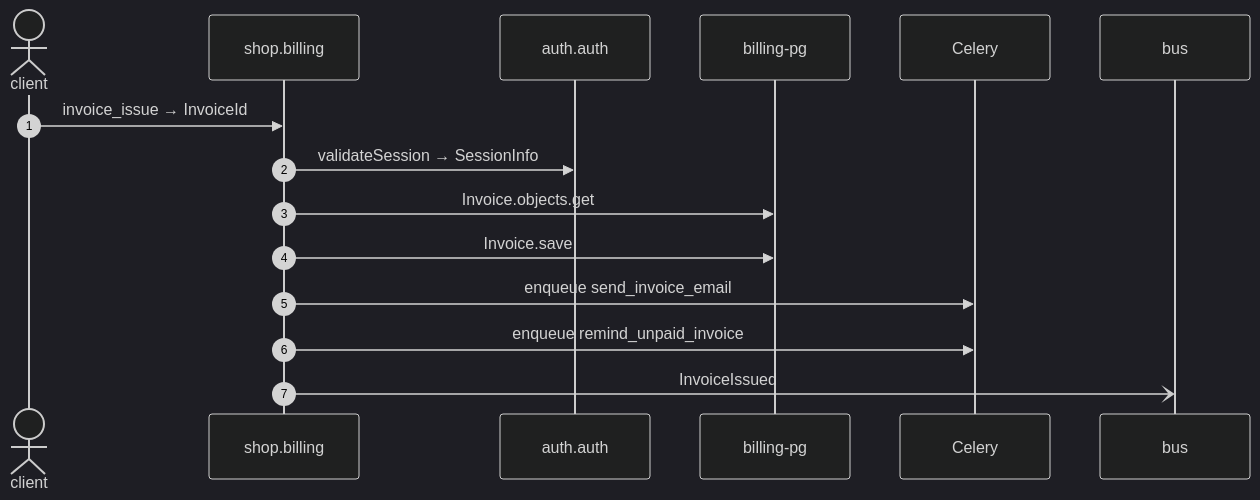
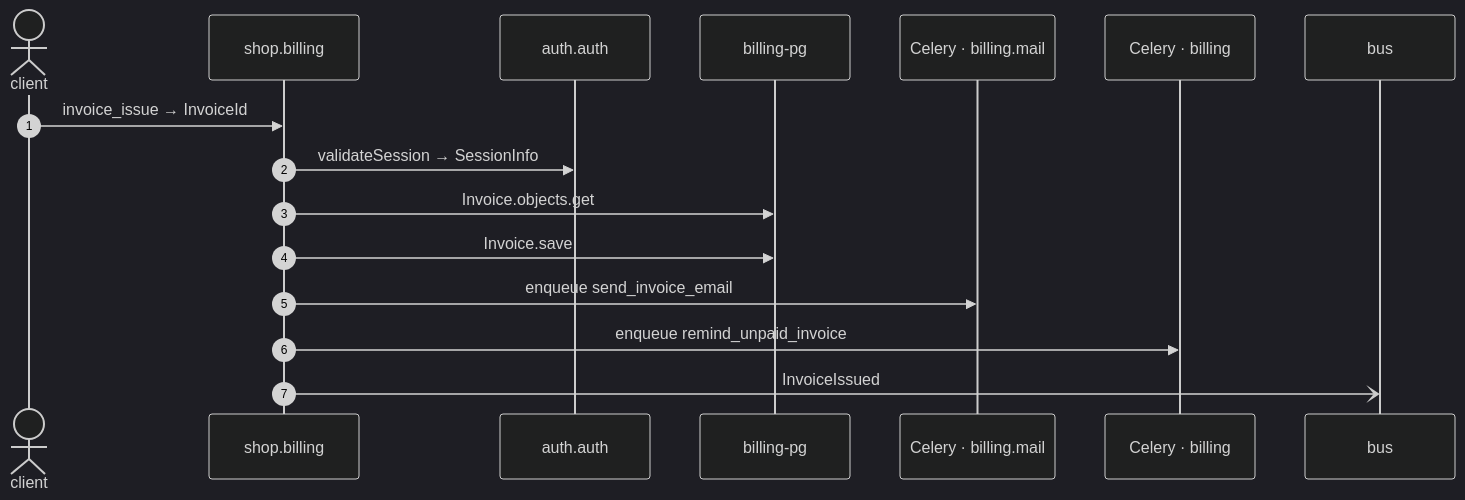
Before and after one commit to shortlink-org/portolan: the diagram in exports/mermaid/billing-invoice-issue.mmd, drawn with Mermaid (dark theme). The commit also changed 26 other files, not shown here.

First line of the commit message:
extract-django: an enqueue lands on the queue Celery would place it on

```diff
--- a/exports/mermaid/billing-invoice-issue.mmd
+++ b/exports/mermaid/billing-invoice-issue.mmd
@@ -1,15 +1,16 @@
 sequenceDiagram
     autonumber
     actor p0 as client
     participant p1 as shop.billing
     participant p2 as auth.auth
     participant p3 as billing-pg
-    participant p4 as Celery
-    participant p5 as bus
+    participant p4 as Celery · billing.mail
+    participant p5 as Celery · billing
+    participant p6 as bus
     p0->>p1: invoice_issue → InvoiceId
     p1->>p2: validateSession → SessionInfo
     p1->>p3: Invoice.objects.get
     p1->>p3: Invoice.save
     p1->>p4: enqueue send_invoice_email
-    p1->>p4: enqueue remind_unpaid_invoice
-    p1-)p5: InvoiceIssued
+    p1->>p5: enqueue remind_unpaid_invoice
+    p1-)p6: InvoiceIssued
```
